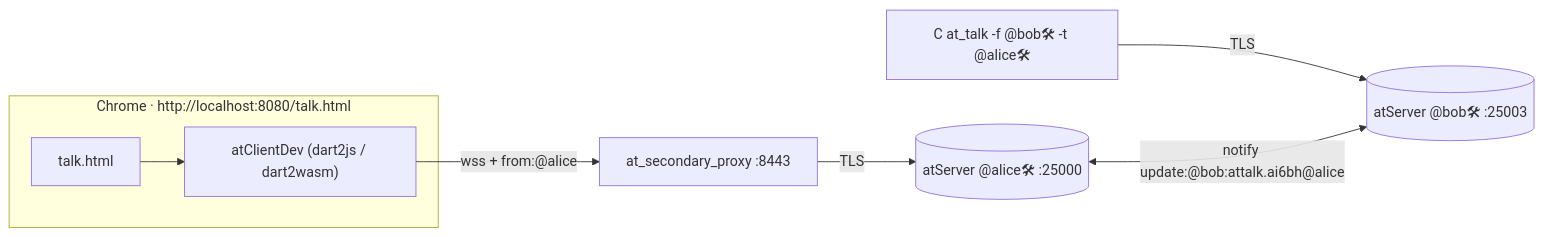
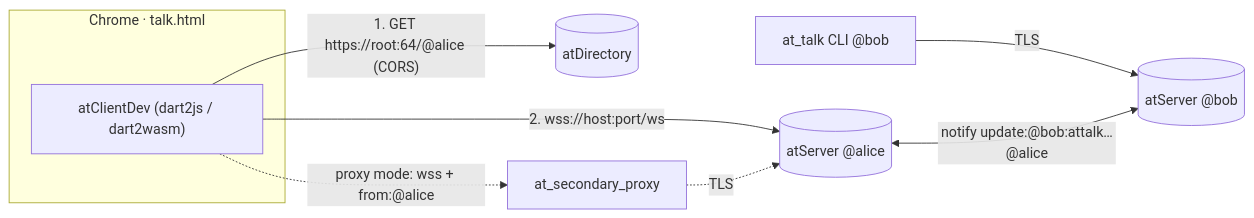
Before and after one commit to atsign-foundation/at_client_sdk: the diagram in docs/projects/wasm/at-talk-demo.md, drawn with Mermaid. The commit also changed other lines of this file and 6 other files, not shown here.

First line of the commit message:
docs(wasm): rewrite at-talk-demo around the direct path; fix OQ-13 and PB-3 against #2430

````diff
--- a/docs/projects/wasm/at-talk-demo.md
+++ b/docs/projects/wasm/at-talk-demo.md
@@ -7,10 +12,11 @@
 ```mermaid
 flowchart LR
-  subgraph Browser["Chrome · http://localhost:8080/talk.html"]
-    T[talk.html] --> H["atClientDev (dart2js / dart2wasm)"]
+  subgraph Browser["Chrome · talk.html"]
+    H["atClientDev (dart2js / dart2wasm)"]
   end
-  H -- "wss + from:@alice" --> P[at_secondary_proxy :8443]
-  P -- TLS --> A[(atServer @alice🛠 :25000)]
-  C["C at_talk -f @bob🛠 -t @alice🛠"] -- TLS --> B[(atServer @bob🛠 :25003)]
-  A <-- "notify update:@bob:attalk.ai6bh@alice" --> B
+  H -- "1. GET https://root:64/@alice (CORS)" --> R[(atDirectory)]
+  H -- "2. wss://host:port/ws" --> A[(atServer @alice)]
+  H -. "proxy mode: wss + from:@alice" .-> P[at_secondary_proxy] -. TLS .-> A
+  C["at_talk CLI @bob"] -- TLS --> B[(atServer @bob)]
+  A <-- "notify update:@bob:attalk…@alice" --> B
 ```
````
